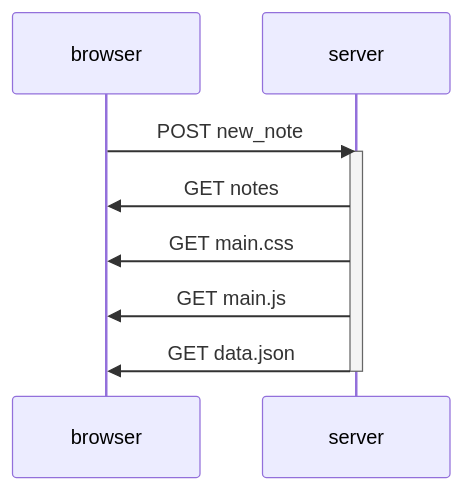
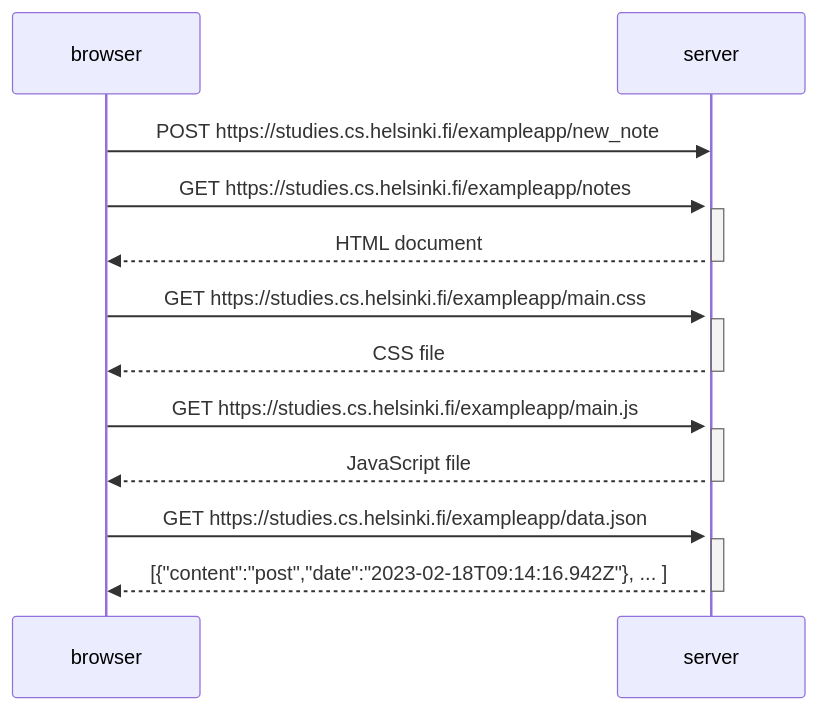
One commit to onodeloc/fullstackopen changed the diagram in part0/0.4 new_note_diagram.md. Above: the diagram before and after it, drawn with Mermaid.

Commit message:
Update 0.4 new_note_diagram.md

````diff
--- a/part0/0.4 new_note_diagram.md
+++ b/part0/0.4 new_note_diagram.md
@@ -1,14 +1,28 @@
 ```mermaid
 sequenceDiagram
   participant browser
   participant server
   
-  browser ->>server: POST new_note
+  browser ->>server: POST  https://studies.cs.helsinki.fi/exampleapp/new_note
   activate server
   
-  server->>browser: GET notes
-  server->>browser: GET main.css
-  server->>browser: GET main.js
-  server->>browser: GET data.json
+  browser->>server: GET  https://studies.cs.helsinki.fi/exampleapp/notes
+  activate server
+  server-->>browser: HTML document
   deactivate server
+
+  browser->>server: GET https://studies.cs.helsinki.fi/exampleapp/main.css
+  activate server
+  server-->>browser: CSS file
+  deactivate server
+
+  browser->>server: GET https://studies.cs.helsinki.fi/exampleapp/main.js
+  activate server
+  server-->>browser: JavaScript file
+  deactivate server
+
+  browser->>server: GET https://studies.cs.helsinki.fi/exampleapp/data.json
+  activate server
+  server-->>browser: [{"content":"post","date":"2023-02-18T09:14:16.942Z"}, ... ]
+  deactivate server   
 ```
````
